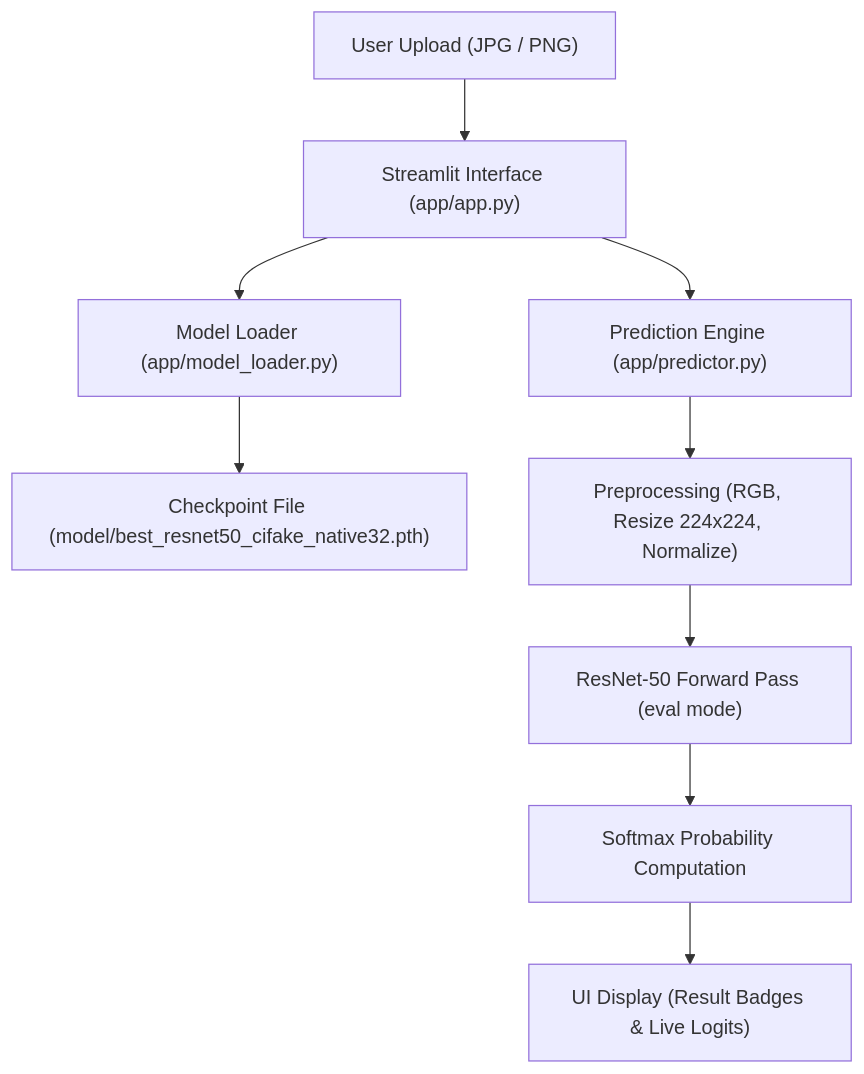
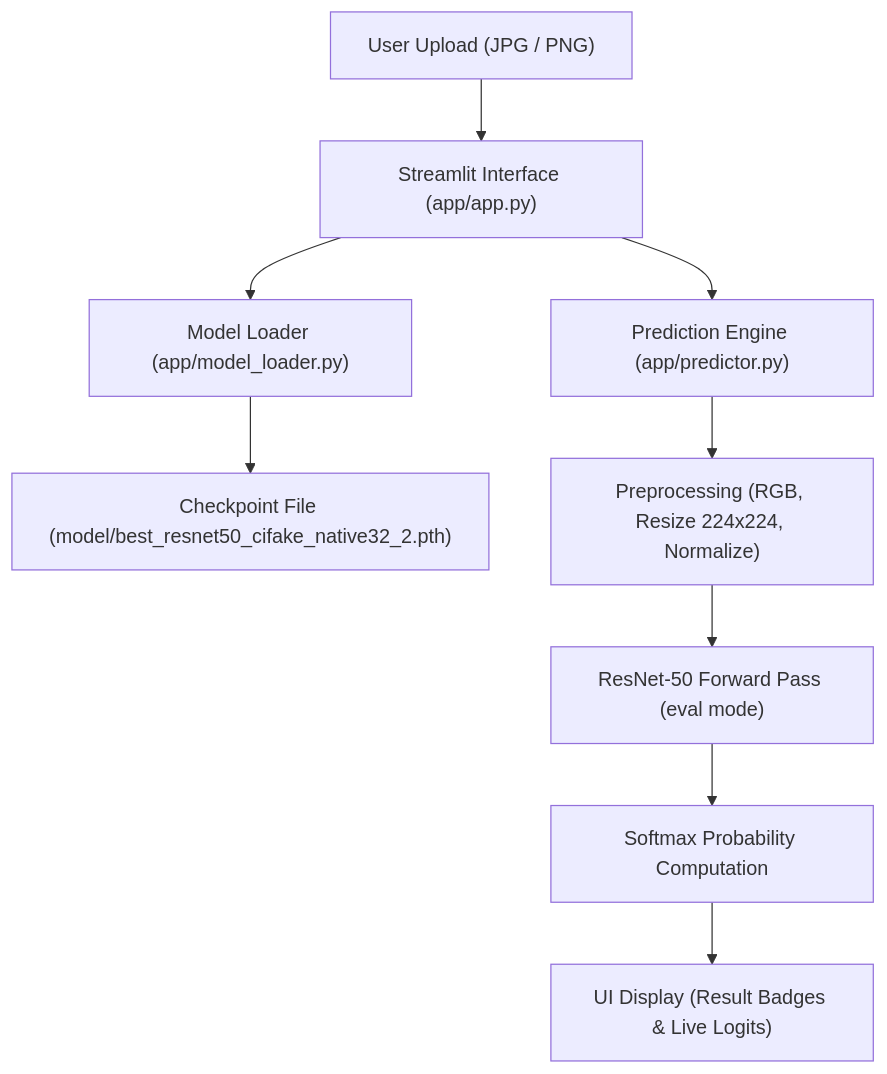
The first of 3 diagrams in docs/02_system_architecture.md (rominkevadiya/ALGONAUTS_INTERNAL_LJ_HACK), drawn with Mermaid before and after one commit. The commit also changed other lines of this file and 9 other files, not shown here.

Commit message:
Remove all usages of old checkpoint best_resnet50_cifake_native32.pth in favor of best_resnet50_cifake_native32_2.pth

````diff
--- a/docs/02_system_architecture.md
+++ b/docs/02_system_architecture.md
@@ -35,11 +35,11 @@
 ```mermaid
 graph TD
     User["User Upload (JPG / PNG)"] --> UI["Streamlit Interface (app/app.py)"]
     UI --> Loader["Model Loader (app/model_loader.py)"]
-    Loader --> Checkpoint["Checkpoint File (model/best_resnet50_cifake_native32.pth)"]
+    Loader --> Checkpoint["Checkpoint File (model/best_resnet50_cifake_native32_2.pth)"]
     UI --> Predictor["Prediction Engine (app/predictor.py)"]
     Predictor --> Preproc["Preprocessing (RGB, Resize 224x224, Normalize)"]
     Preproc --> Forward["ResNet-50 Forward Pass (eval mode)"]
     Forward --> Softmax["Softmax Probability Computation"]
     Softmax --> Output["UI Display (Result Badges & Live Logits)"]
 ```
````
